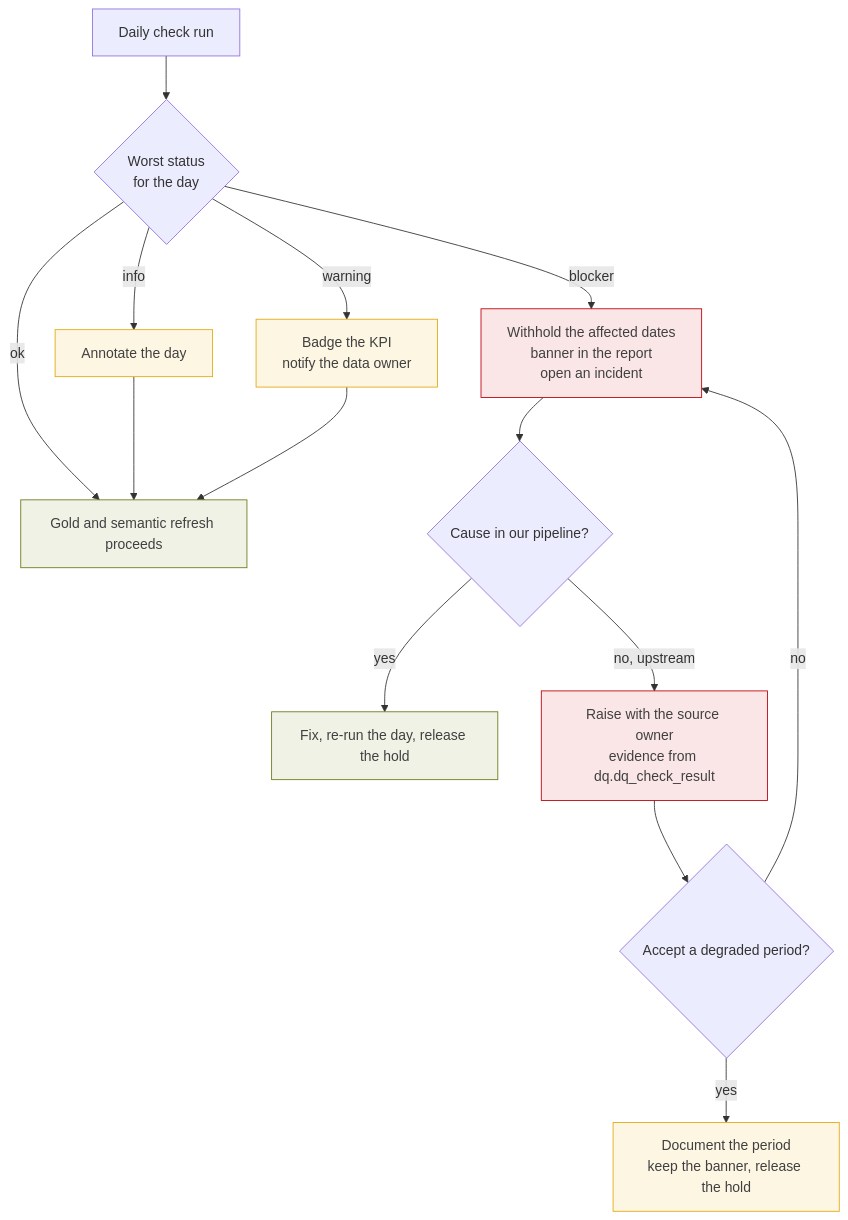
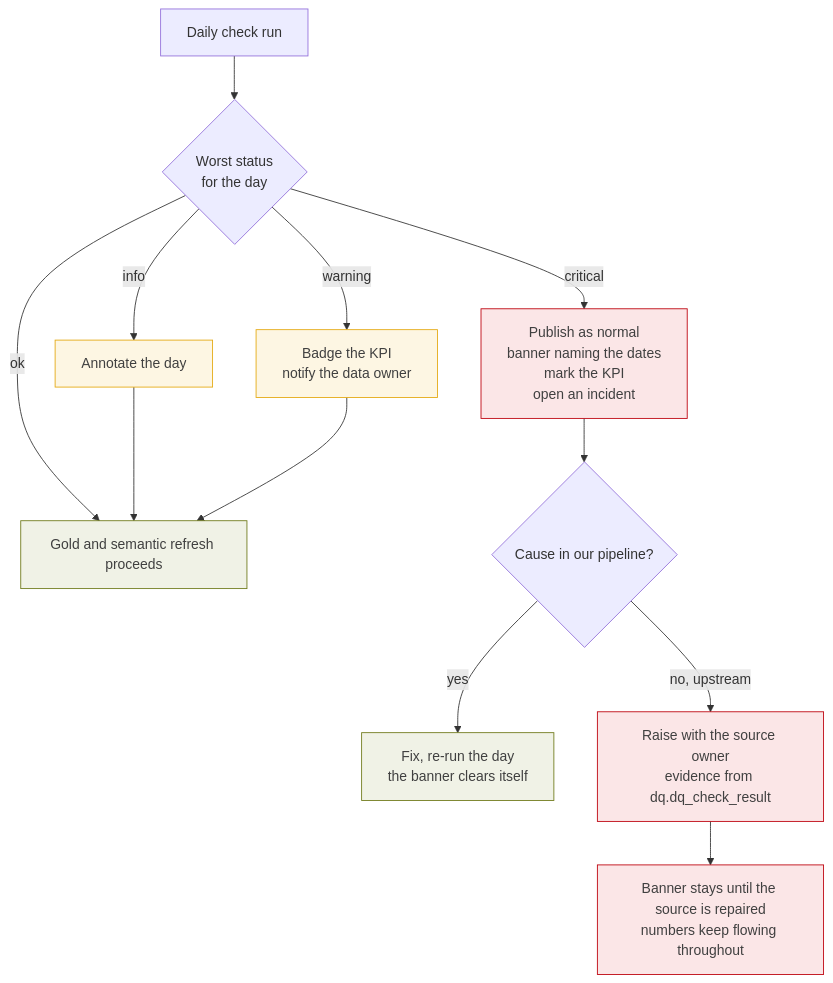
The second of 2 diagrams in docs/BRD_data_integrity_monitoring.md (dallmi/Databricks), drawn with Mermaid before and after one commit. The commit also changed other lines of this file and 6 other files, not shown here.

````diff
--- a/docs/BRD_data_integrity_monitoring.md
+++ b/docs/BRD_data_integrity_monitoring.md
@@ -276,21 +286,19 @@
 ```mermaid
 flowchart TD
   RUN[Daily check run] --> EVAL{Worst status<br/>for the day}
   EVAL -->|ok| PUB[Gold and semantic refresh proceeds]
   EVAL -->|info| ANN[Annotate the day] --> PUB
   EVAL -->|warning| BADGE[Badge the KPI<br/>notify the data owner] --> PUB
-  EVAL -->|blocker| HOLD[Withhold the affected dates<br/>banner in the report<br/>open an incident]
-  HOLD --> TRIAGE{Cause in our pipeline?}
-  TRIAGE -->|yes| FIX[Fix, re-run the day, release the hold]
+  EVAL -->|critical| LABEL[Publish as normal<br/>banner naming the dates<br/>mark the KPI<br/>open an incident]
+  LABEL --> TRIAGE{Cause in our pipeline?}
+  TRIAGE -->|yes| FIX[Fix, re-run the day<br/>the banner clears itself]
   TRIAGE -->|no, upstream| VENDOR[Raise with the source owner<br/>evidence from dq.dq_check_result]
-  VENDOR --> ACCEPT{Accept a degraded period?}
-  ACCEPT -->|yes| DOC[Document the period<br/>keep the banner, release the hold]
-  ACCEPT -->|no| HOLD
+  VENDOR --> KEEP[Banner stays until the source is repaired<br/>numbers keep flowing throughout]
 
   classDef ok fill:#F0F2E6,stroke:#6F7A1A,color:#404040;
   classDef warn fill:#FDF6E3,stroke:#E4A911,color:#404040;
   classDef bad fill:#FBE6E7,stroke:#BD000C,color:#404040;
   class PUB,FIX ok;
-  class BADGE,ANN,DOC warn;
-  class HOLD,VENDOR bad;
+  class BADGE,ANN warn;
+  class LABEL,VENDOR,KEEP bad;
 ```
````
